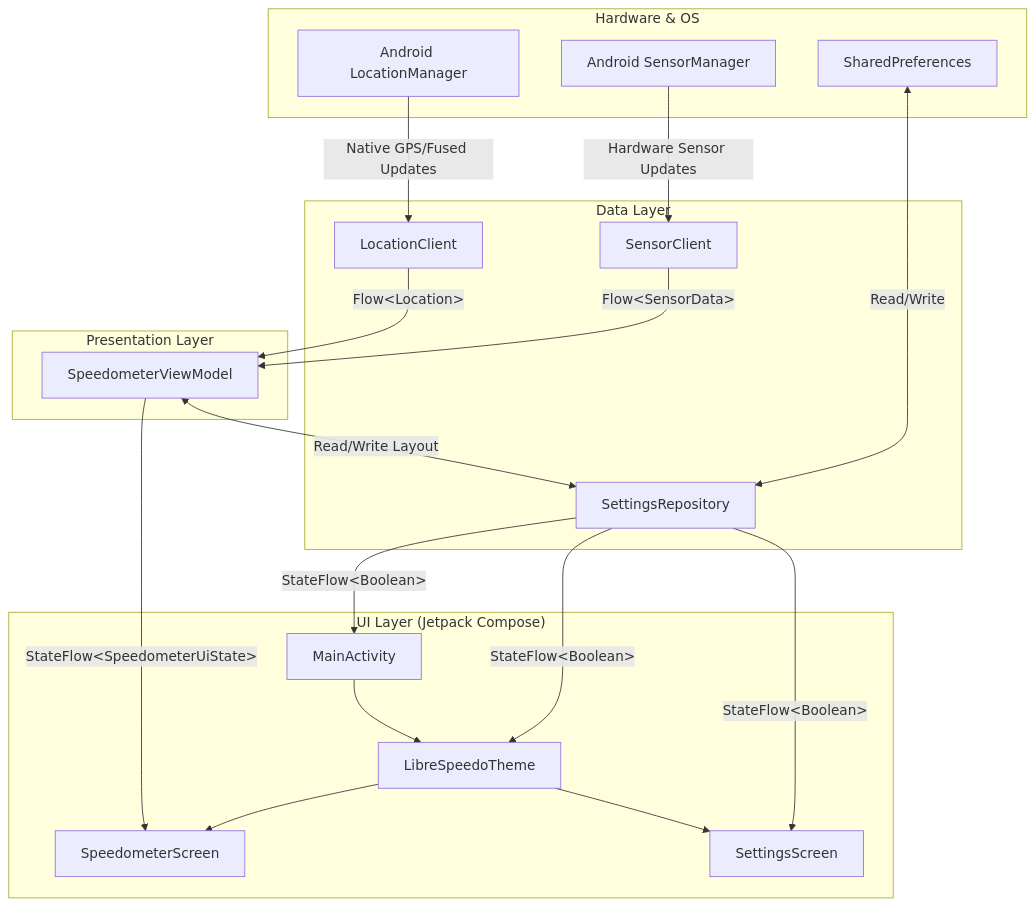
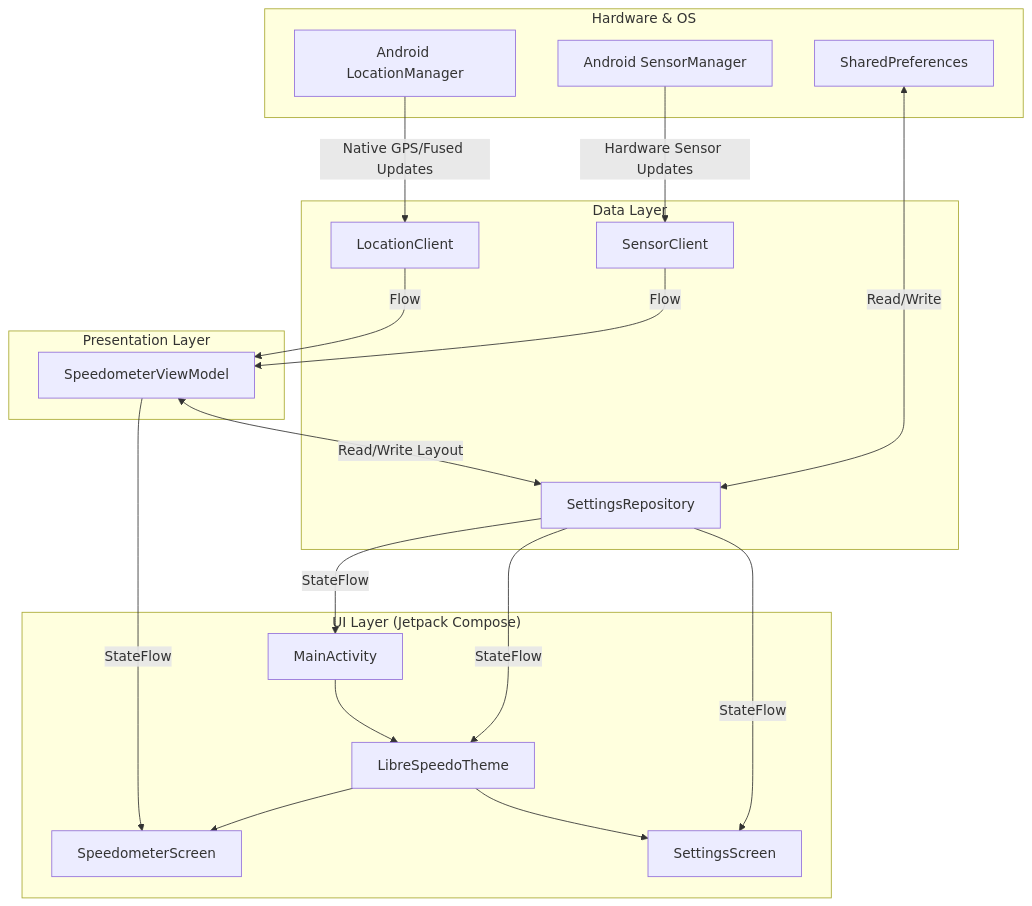
One commit to F1r3f0x/LibreSpeedo changed the diagram in docs/architecture.md. Above: the diagram before and after it, drawn with Mermaid. The commit also changed other lines of this file and 44 other files, not shown here.

````diff
--- a/docs/architecture.md
+++ b/docs/architecture.md
@@ -6,44 +6,44 @@
 ```mermaid
 graph TD
     subgraph "Hardware & OS"
         LM[Android LocationManager]
         SM[Android SensorManager]
         SP[SharedPreferences]
     end
 
     subgraph "Data Layer"
         LC[LocationClient]
         SC[SensorClient]
         SR[SettingsRepository]
     end
 
     subgraph "Presentation Layer"
         VM[SpeedometerViewModel]
     end
 
     subgraph "UI Layer (Jetpack Compose)"
         MA[MainActivity]
         Theme[LibreSpeedoTheme]
         SS[SpeedometerScreen]
         SetS[SettingsScreen]
     end
 
     %% Data Flow
     LM -->|Native GPS/Fused Updates| LC
     SM -->|Hardware Sensor Updates| SC
-    LC -->|Flow&lt;Location&gt;| VM
-    SC -->|Flow&lt;SensorData&gt;| VM
-    VM -->|StateFlow&lt;SpeedometerUiState&gt;| SS
+    LC -->|"Flow<Location>"| VM
+    SC -->|"Flow<SensorData>"| VM
+    VM -->|"StateFlow<SpeedometerUiState>"| SS
 
     %% Settings Flow
     SP <-->|Read/Write| SR
-    SR -->|StateFlow&lt;Boolean&gt;| MA
-    SR -->|StateFlow&lt;Boolean&gt;| Theme
-    SR -->|StateFlow&lt;Boolean&gt;| SetS
+    SR -->|"StateFlow<Boolean>"| MA
+    SR -->|"StateFlow<Boolean>"| Theme
+    SR -->|"StateFlow<Boolean>"| SetS
     VM <-->|Read/Write Layout| SR
 
     %% UI Hierarchy
     MA --> Theme
     Theme --> SS
     Theme --> SetS
 ```
````
